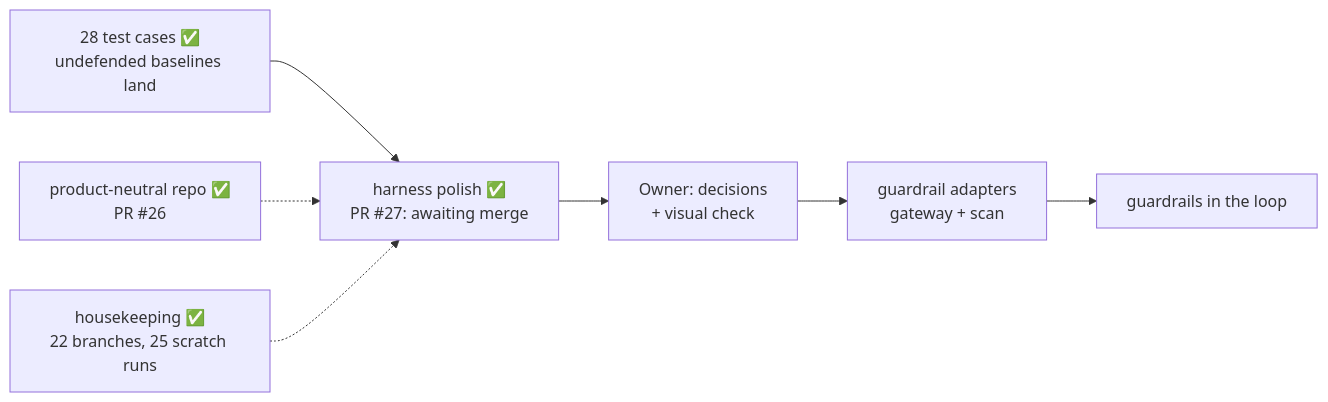
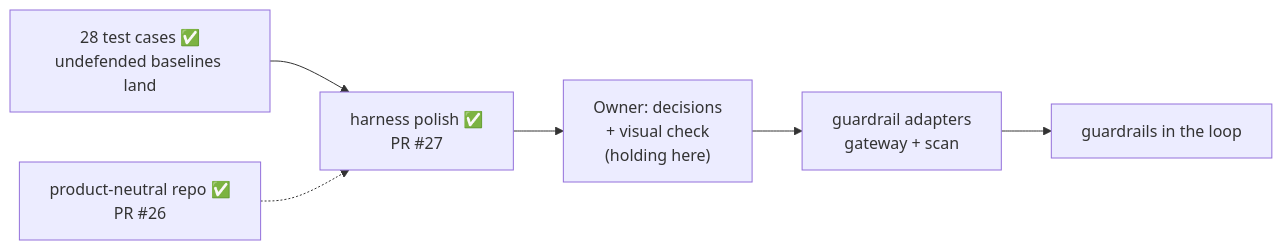
One commit to hackershmave1/guardrail-eval changed the diagram in STATUS.md. Above: the diagram before and after it, drawn with Mermaid. The commit also changed other lines of this file, not shown here.

First line of the commit message:
Status: PR #27 merged; holding for the owner's next track

````diff
--- a/STATUS.md
+++ b/STATUS.md
@@ -19,9 +12,8 @@
 ```mermaid
 flowchart LR
-    A["28 test cases ✅<br/>undefended baselines land"] --> P["harness polish ✅<br/>PR #27: awaiting merge"]
-    P --> C["Owner: decisions<br/>+ visual check"]
+    A["28 test cases ✅<br/>undefended baselines land"] --> P["harness polish ✅<br/>PR #27"]
+    P --> C["Owner: decisions<br/>+ visual check<br/>(holding here)"]
     C --> D["guardrail adapters<br/>gateway + scan"]
     D --> E["guardrails in the loop"]
     N["product-neutral repo ✅<br/>PR #26"] -.-> P
-    H["housekeeping ✅<br/>22 branches, 25 scratch runs"] -.-> P
 ```
````
